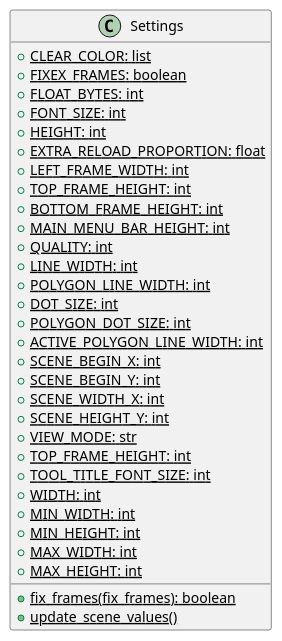
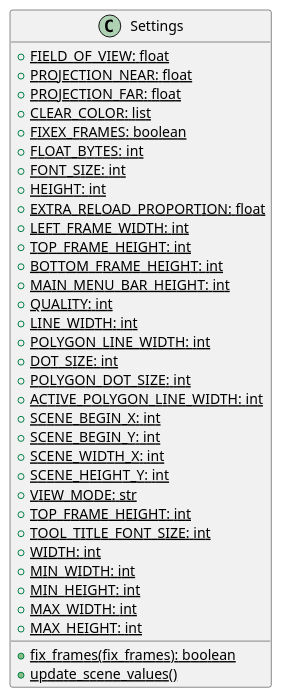
One commit to ferpoble2/Relief_Creator changed the diagram in docs/classes/Settings.puml. Above: the diagram before and after it, drawn with PlantUML. The commit also changed 5 other files, not shown here.

```diff
--- a/docs/classes/Settings.puml
+++ b/docs/classes/Settings.puml
@@ -1,34 +1,37 @@
 @startuml
 class Settings  {
+    {static} + FIELD_OF_VIEW: float
+    {static} + PROJECTION_NEAR: float
+    {static} + PROJECTION_FAR: float
     {static} + CLEAR_COLOR: list
     {static} + fix_frames(fix_frames): boolean
     {static} + FIXEX_FRAMES: boolean
     {static} + FLOAT_BYTES: int
     {static} + FONT_SIZE: int
     {static} + HEIGHT: int
     {static} + EXTRA_RELOAD_PROPORTION: float
     {static} + LEFT_FRAME_WIDTH: int
     {static} + TOP_FRAME_HEIGHT: int
     {static} + BOTTOM_FRAME_HEIGHT: int
     {static} + MAIN_MENU_BAR_HEIGHT: int
     {static} + QUALITY: int
     {static} + LINE_WIDTH: int
     {static} + POLYGON_LINE_WIDTH: int
     {static} + DOT_SIZE: int
     {static} + POLYGON_DOT_SIZE: int
     {static} + ACTIVE_POLYGON_LINE_WIDTH: int
     {static} + SCENE_BEGIN_X: int
     {static} + SCENE_BEGIN_Y: int
     {static} + SCENE_WIDTH_X: int
     {static} + SCENE_HEIGHT_Y: int
     {static} + VIEW_MODE: str
     {static} + TOP_FRAME_HEIGHT: int
     {static} + TOOL_TITLE_FONT_SIZE: int
     {static} + WIDTH: int
     {static} + MIN_WIDTH: int
     {static} + MIN_HEIGHT: int
     {static} + MAX_WIDTH: int
     {static} + MAX_HEIGHT: int
     {static} + update_scene_values()
 }
 @enduml
```
